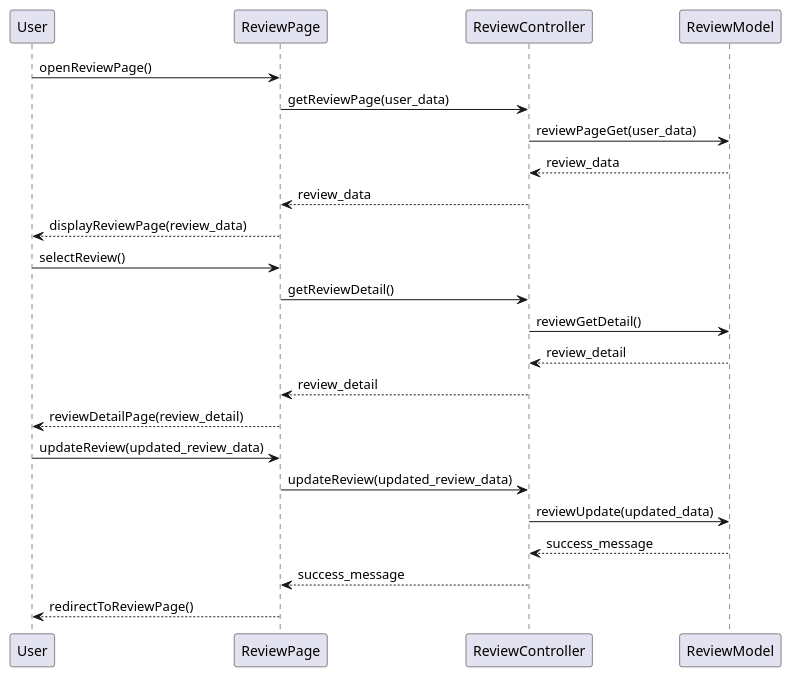
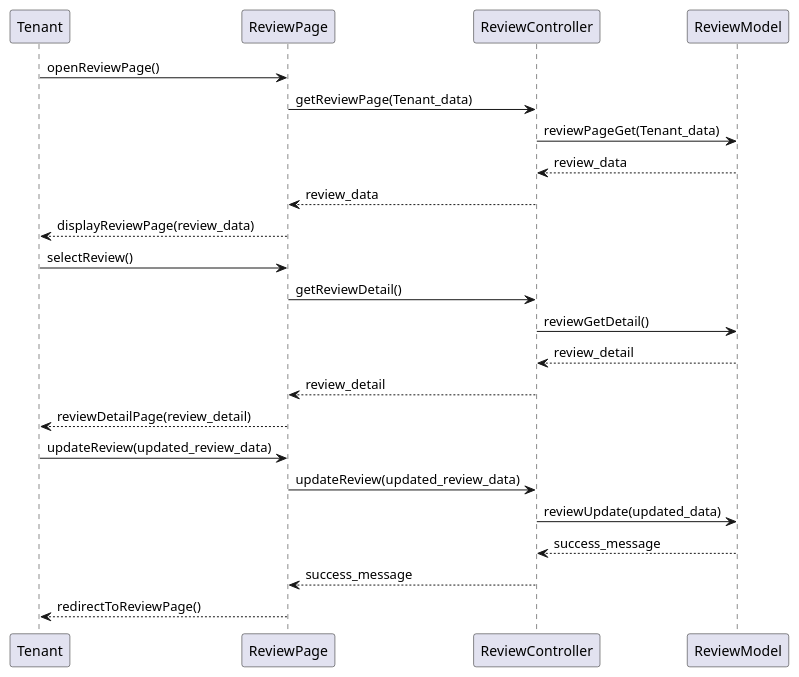
One commit to AntWort21/BHFMS changed the diagram in Design/BHFMS_SEQUENCE/Update Review.puml. Above: the diagram before and after it, drawn with PlantUML. The commit also changed 11 other files, not shown here.

Commit message:
adjusted all diagram's actor

```diff
--- a/Design/BHFMS_SEQUENCE/Update Review.puml
+++ b/Design/BHFMS_SEQUENCE/Update Review.puml
@@ -1,20 +1,20 @@
 @startuml
-User -> ReviewPage: openReviewPage()
-ReviewPage -> ReviewController: getReviewPage(user_data)
-ReviewController -> ReviewModel: reviewPageGet(user_data)
+Tenant -> ReviewPage: openReviewPage()
+ReviewPage -> ReviewController: getReviewPage(Tenant_data)
+ReviewController -> ReviewModel: reviewPageGet(Tenant_data)
 ReviewController <-- ReviewModel: review_data
 ReviewPage <-- ReviewController: review_data
-User <-- ReviewPage: displayReviewPage(review_data)
-User -> ReviewPage: selectReview()
+Tenant <-- ReviewPage: displayReviewPage(review_data)
+Tenant -> ReviewPage: selectReview()
 ReviewPage -> ReviewController: getReviewDetail()
 ReviewController -> ReviewModel: reviewGetDetail()
 ReviewController <-- ReviewModel: review_detail
 ReviewPage <-- ReviewController: review_detail
-User <-- ReviewPage: reviewDetailPage(review_detail)
-User -> ReviewPage: updateReview(updated_review_data)
+Tenant <-- ReviewPage: reviewDetailPage(review_detail)
+Tenant -> ReviewPage: updateReview(updated_review_data)
 ReviewPage -> ReviewController: updateReview(updated_review_data)
 ReviewController -> ReviewModel: reviewUpdate(updated_data)
 ReviewController <-- ReviewModel: success_message
 ReviewPage <-- ReviewController: success_message
-User <-- ReviewPage: redirectToReviewPage()
+Tenant <-- ReviewPage: redirectToReviewPage()
 @enduml
```
